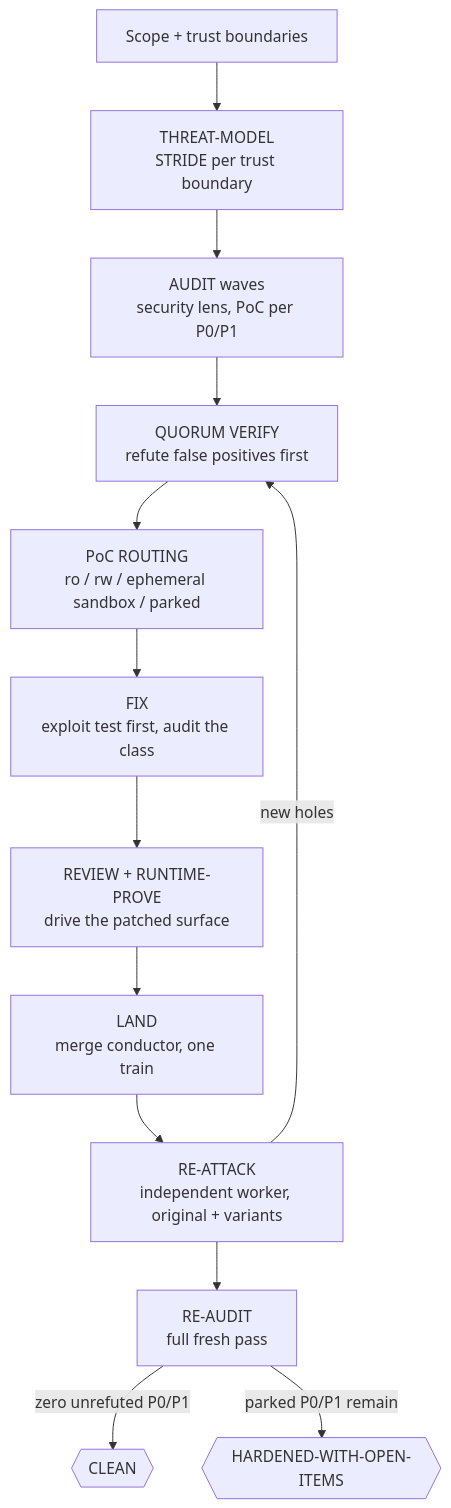
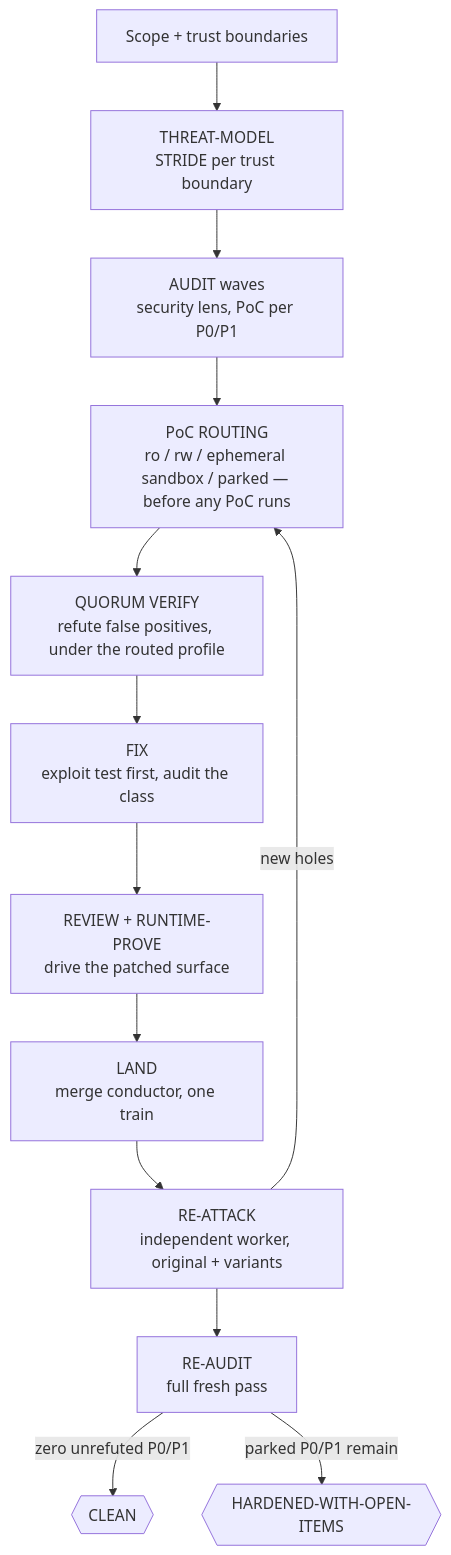
One commit to ravidsrk/orca-fleet changed the diagram in docs/missions/harden-it.md. Above: the diagram before and after it, drawn with Mermaid. The commit also changed other lines of this file and 2 other files, not shown here.

First line of the commit message:
docs(harden-it): route every PoC to an execution profile before anything runs it

````diff
--- a/docs/missions/harden-it.md
+++ b/docs/missions/harden-it.md
@@ -56,15 +56,15 @@
 ```mermaid
 flowchart TD
     A[Scope + trust boundaries] --> B[THREAT-MODEL<br/>STRIDE per trust boundary]
     B --> C[AUDIT waves<br/>security lens, PoC per P0/P1]
-    C --> D[QUORUM VERIFY<br/>refute false positives first]
-    D --> E[PoC ROUTING<br/>ro / rw / ephemeral sandbox / parked]
+    C --> D[PoC ROUTING<br/>ro / rw / ephemeral sandbox / parked — before any PoC runs]
+    D --> E[QUORUM VERIFY<br/>refute false positives, under the routed profile]
     E --> F[FIX<br/>exploit test first, audit the class]
     F --> G[REVIEW + RUNTIME-PROVE<br/>drive the patched surface]
     G --> H[LAND<br/>merge conductor, one train]
     H --> I[RE-ATTACK<br/>independent worker, original + variants]
     I -->|new holes| D
     I --> J[RE-AUDIT<br/>full fresh pass]
     J -->|zero unrefuted P0/P1| K{{CLEAN}}
     J -->|parked P0/P1 remain| L{{HARDENED-WITH-OPEN-ITEMS}}
 ```
````
